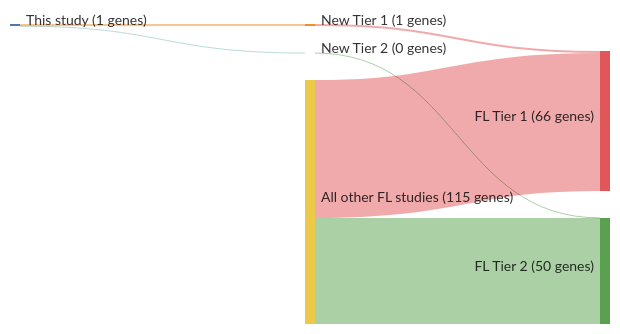
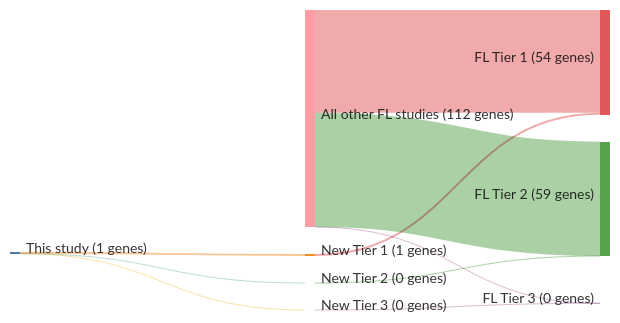
The diagram in papers/barariaCathepsinAlterationsInduce2020.md (morinlab/lymphopedia), drawn with Mermaid before and after one commit. The commit also changed other lines of this file and 81 other files, not shown here.

````diff
--- a/papers/barariaCathepsinAlterationsInduce2020.md
+++ b/papers/barariaCathepsinAlterationsInduce2020.md
@@ -12,20 +12,23 @@
 ```mermaid
 ---
 config:
     sankey:
         showValues: true
         linkColor: target
         width: 600
         height: 300
         nodeAlignment: right
         prefix: '('
         suffix: ' genes)'
 ---
 sankey-beta
 This study, New Tier 1, 1
 New Tier 1, FL Tier 1, 1
 This study, New Tier 2, 0
 New Tier 2, FL Tier 2, 0
-All other FL studies, FL Tier 1, 65
-All other FL studies, FL Tier 2, 50
+This study, New Tier 3, 0
+New Tier 3, FL Tier 3, 0
+All other FL studies, FL Tier 1, 53
+All other FL studies, FL Tier 2, 59
+All other FL studies, FL Tier 3, 0
 ```
````
